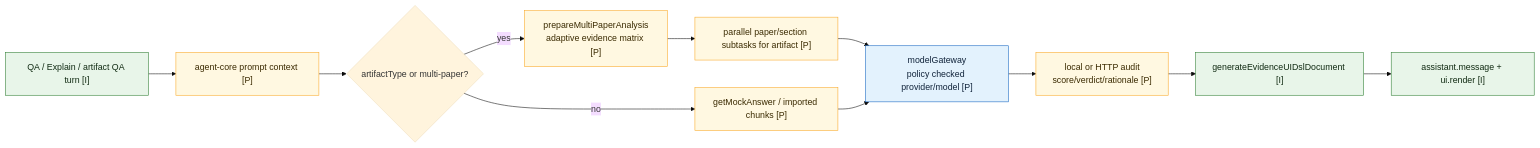
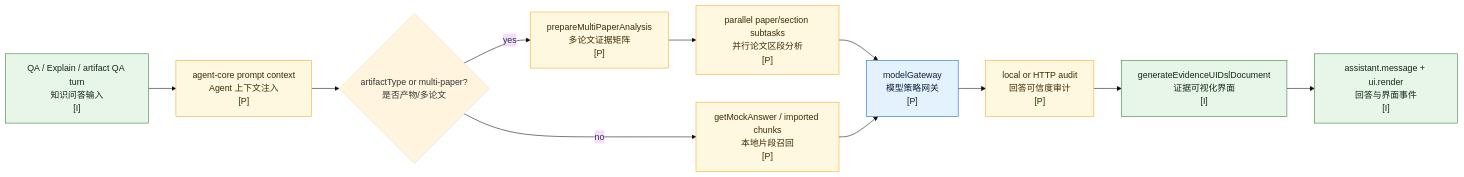
Before and after one commit to Hash012/Liteasy: the third of 6 diagrams in project-docs/engineering/agent-architecture-audit.md, drawn with Mermaid (base theme). The commit also changed other lines of this file and 8 other files, not shown here.

````diff
--- a/project-docs/engineering/agent-architecture-audit.md
+++ b/project-docs/engineering/agent-architecture-audit.md
@@ -156,22 +153,22 @@
 ```mermaid
 flowchart LR
   classDef implemented fill:#e8f5e9,stroke:#2e7d32,color:#102a12
   classDef partial fill:#fff8e1,stroke:#f9a825,color:#3a2a00
   classDef boundary fill:#e3f2fd,stroke:#1565c0,color:#10233a
 
-  Input["QA / Explain / artifact QA turn [I]"]:::implemented
-  Core["agent-core prompt context [P]"]:::partial
-  Evidence{"artifactType or multi-paper?"}
-  Multi["prepareMultiPaperAnalysis<br/>adaptive evidence matrix [P]"]:::partial
-  Local["getMockAnswer / imported chunks [P]"]:::partial
-  Model["modelGateway<br/>policy checked provider/model [P]"]:::boundary
-  Subtasks["parallel paper/section subtasks for artifact [P]"]:::partial
-  Audit["local or HTTP audit<br/>score/verdict/rationale [P]"]:::partial
-  UIDsl["generateEvidenceUIDslDocument [I]"]:::implemented
-  Events["assistant.message + ui.render [I]"]:::implemented
+  Input["QA / Explain / artifact QA turn<br/>知识问答输入<br/>[I]"]:::implemented
+  Core["agent-core prompt context<br/>Agent 上下文注入<br/>[P]"]:::partial
+  Evidence{"artifactType or multi-paper?<br/>是否产物/多论文"}
+  Multi["prepareMultiPaperAnalysis<br/>多论文证据矩阵<br/>[P]"]:::partial
+  Local["getMockAnswer / imported chunks<br/>本地片段召回<br/>[P]"]:::partial
+  Model["modelGateway<br/>模型策略网关<br/>[P]"]:::boundary
+  Subtasks["parallel paper/section subtasks<br/>并行论文区段分析<br/>[P]"]:::partial
+  Audit["local or HTTP audit<br/>回答可信度审计<br/>[P]"]:::partial
+  UIDsl["generateEvidenceUIDslDocument<br/>证据可视化界面<br/>[I]"]:::implemented
+  Events["assistant.message + ui.render<br/>回答与界面事件<br/>[I]"]:::implemented
 
   Input --> Core --> Evidence
   Evidence -- yes --> Multi --> Subtasks --> Model
   Evidence -- no --> Local --> Model
   Model --> Audit --> UIDsl --> Events
 ```
````
